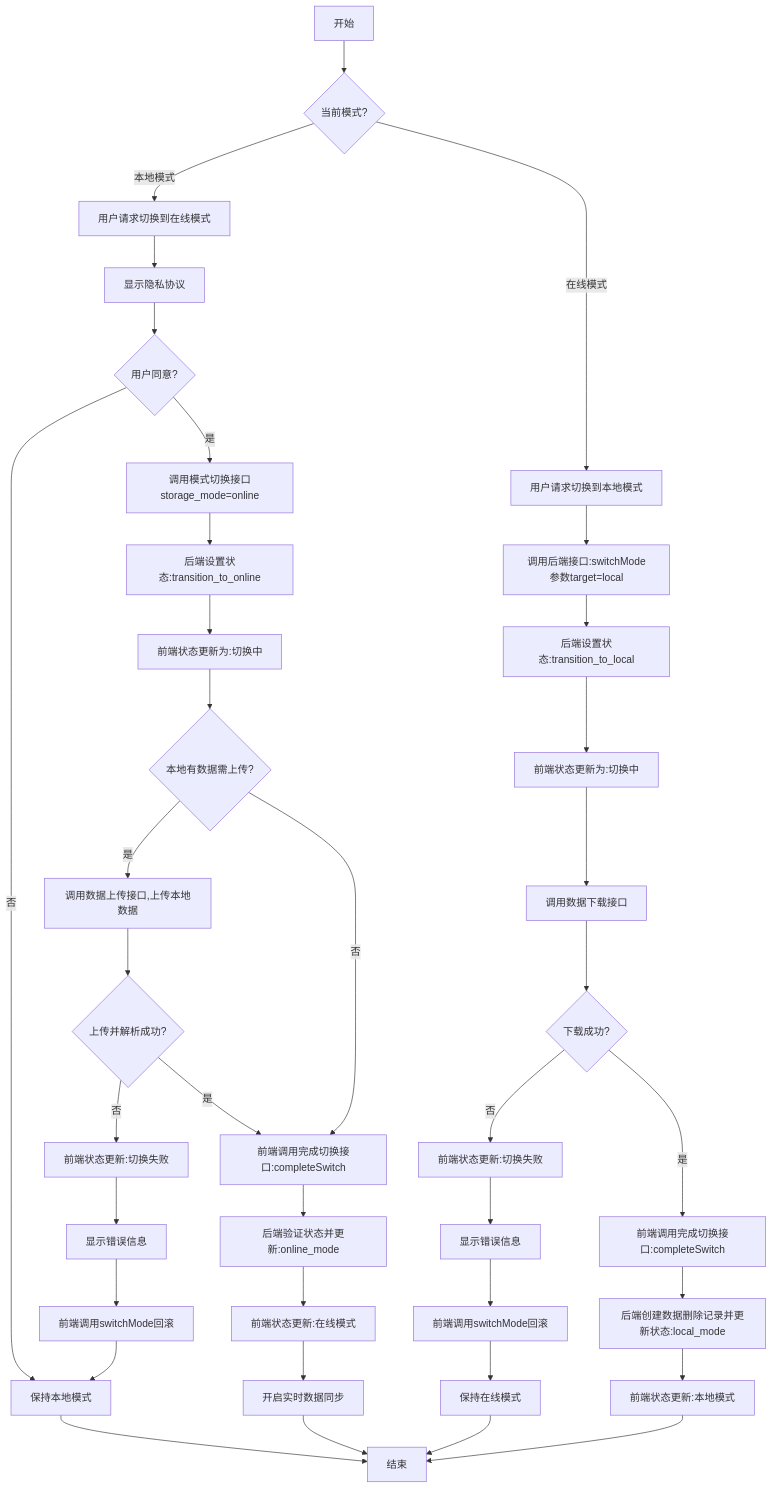
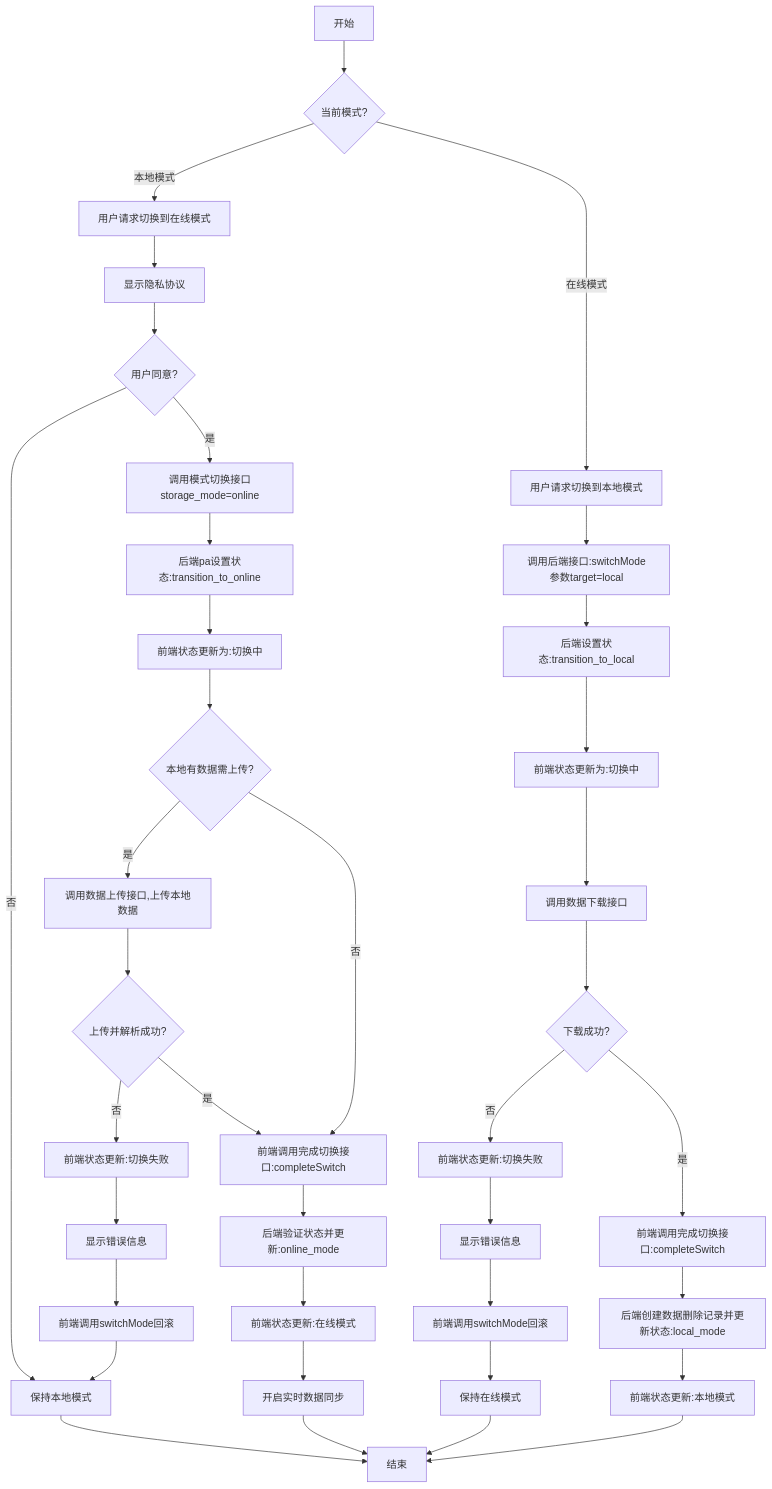
Before and after one commit to yingjianzh/iodraw-files: the diagram in all/未命名-58.md, drawn with Mermaid.

Commit message:
2025-05-14 10:34:14 update

````diff
--- a/all/未命名-58.md
+++ b/all/未命名-58.md
@@ -1,51 +1,51 @@
 ```mermaid
 flowchart TD
     A[开始] --> B{当前模式?}
     
     %% 本地模式转在线模式
     B -->|本地模式| C[用户请求切换到在线模式]
     C --> D[显示隐私协议]
     D --> E{用户同意?}
     E -->|否| F[保持本地模式]
     F --> Z[结束]
     
     E -->|是| G[调用模式切换接口storage_mode=online]
-    G --> H[后端设置状态:transition_to_online]
+    G --> H[后端pa设置状态:transition_to_online]
     H --> I[前端状态更新为:切换中]
     
     I --> J{本地有数据需上传?}
     
     J -->|是| L[调用数据上传接口,上传本地数据]
     L --> M{上传并解析成功?}
     M -->|否| O[前端状态更新:切换失败]
     O --> P[显示错误信息]
     P --> Q[前端调用switchMode回滚]
     Q --> F
     
     J -->|否| R[前端调用完成切换接口:completeSwitch]
     M -->|是| R
     
     R --> S[后端验证状态并更新:online_mode]
     S --> T[前端状态更新:在线模式]
     T --> U[开启实时数据同步]
     U --> Z
     
     %% 在线模式转本地模式
     B -->|在线模式| V[用户请求切换到本地模式]
     V --> W[调用后端接口:switchMode参数target=local]
     W --> X[后端设置状态:transition_to_local]
     X --> Y[前端状态更新为:切换中]
     
     Y --> Z1[调用数据下载接口]
     Z1 --> AA{下载成功?}
     AA -->|否| AB[前端状态更新:切换失败]
     AB --> AC[显示错误信息]
     AC --> AD[前端调用switchMode回滚]
     AD --> AE[保持在线模式]
     AE --> Z
     
     AA -->|是| AF[前端调用完成切换接口:completeSwitch]
     AF --> AG[后端创建数据删除记录并更新状态:local_mode]
     AG --> AH[前端状态更新:本地模式]
     AH --> Z
 ```
````
